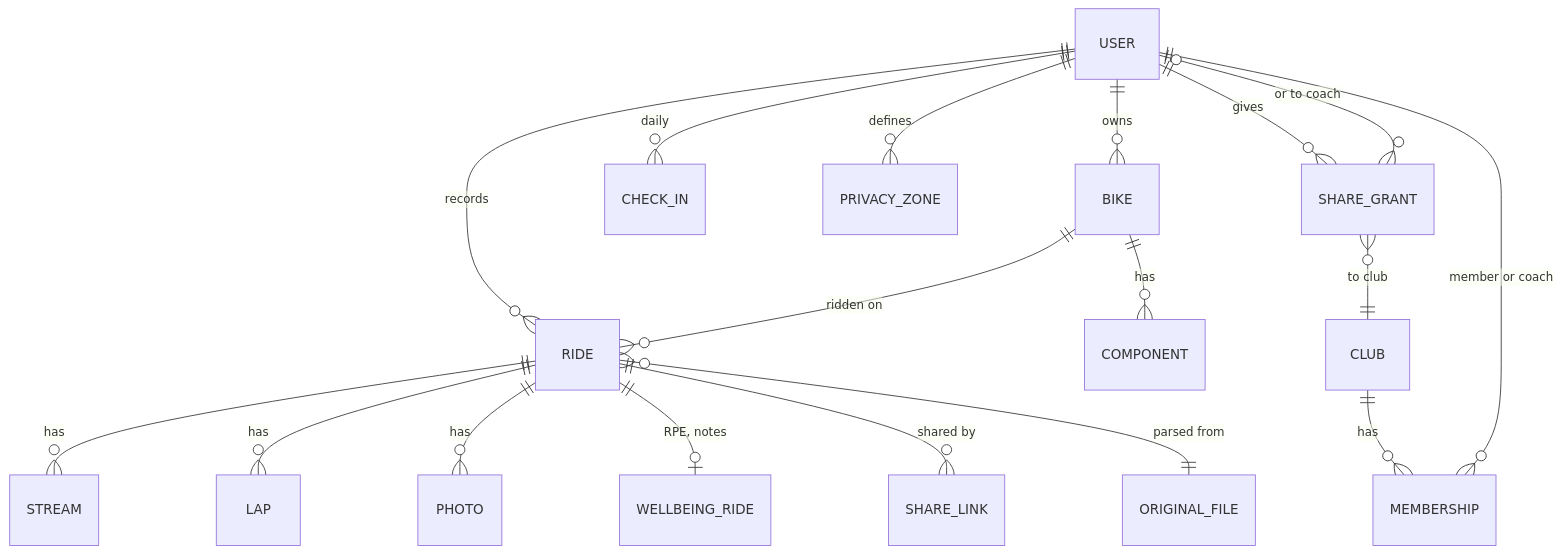
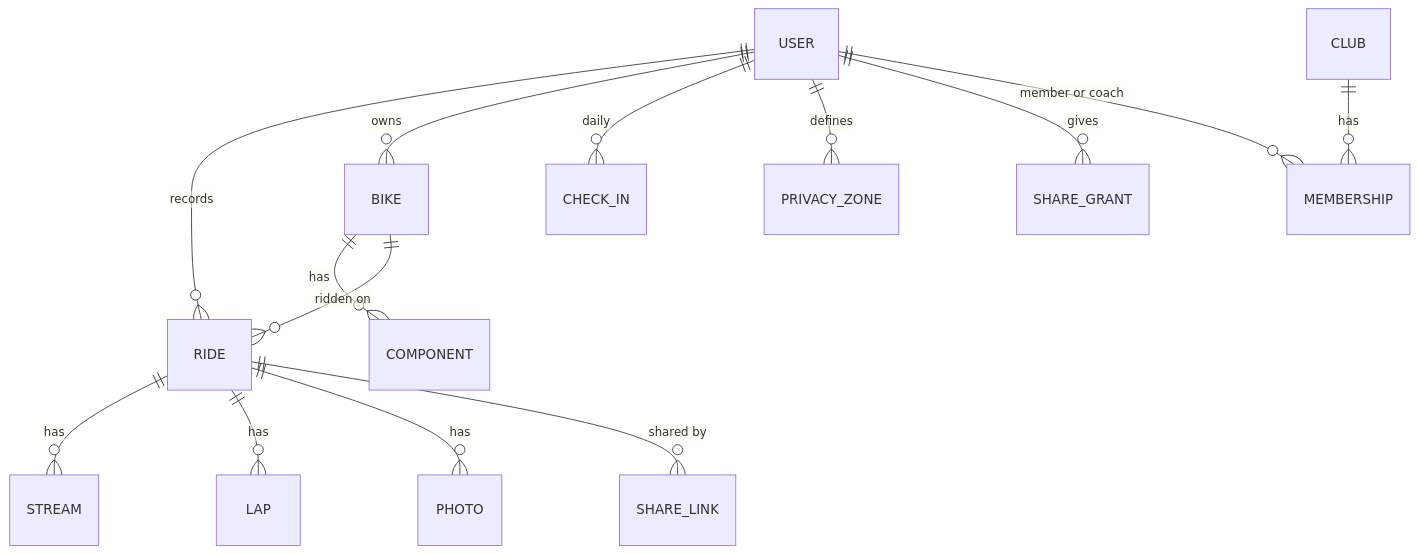
One commit to zenkraker/Velomine changed the third of 4 diagrams in docs/architecture.md. Above: the diagram before and after it, drawn with Mermaid. The commit also changed other lines of this file and 7 other files, not shown here.

First line of the commit message:
Simplify architecture: vertical slices, FastEndpoints, in-server jobs

````diff
--- a/docs/architecture.md
+++ b/docs/architecture.md
@@ -150,20 +130,16 @@
 ```mermaid
 erDiagram
   USER ||--o{ RIDE : records
   USER ||--o{ BIKE : owns
   BIKE ||--o{ COMPONENT : has
   BIKE ||--o{ RIDE : "ridden on"
   RIDE ||--o{ STREAM : has
   RIDE ||--o{ LAP : has
   RIDE ||--o{ PHOTO : has
-  RIDE ||--o| WELLBEING_RIDE : "RPE, notes"
   RIDE ||--o{ SHARE_LINK : "shared by"
-  USER ||--o{ CHECK_IN : "daily"
+  USER ||--o{ CHECK_IN : daily
   USER ||--o{ PRIVACY_ZONE : defines
   USER ||--o{ SHARE_GRANT : gives
   CLUB ||--o{ MEMBERSHIP : has
   USER ||--o{ MEMBERSHIP : "member or coach"
-  SHARE_GRANT }o--|| CLUB : "to club"
-  SHARE_GRANT }o--o| USER : "or to coach"
-  RIDE }o--|| ORIGINAL_FILE : "parsed from"
 ```
````
